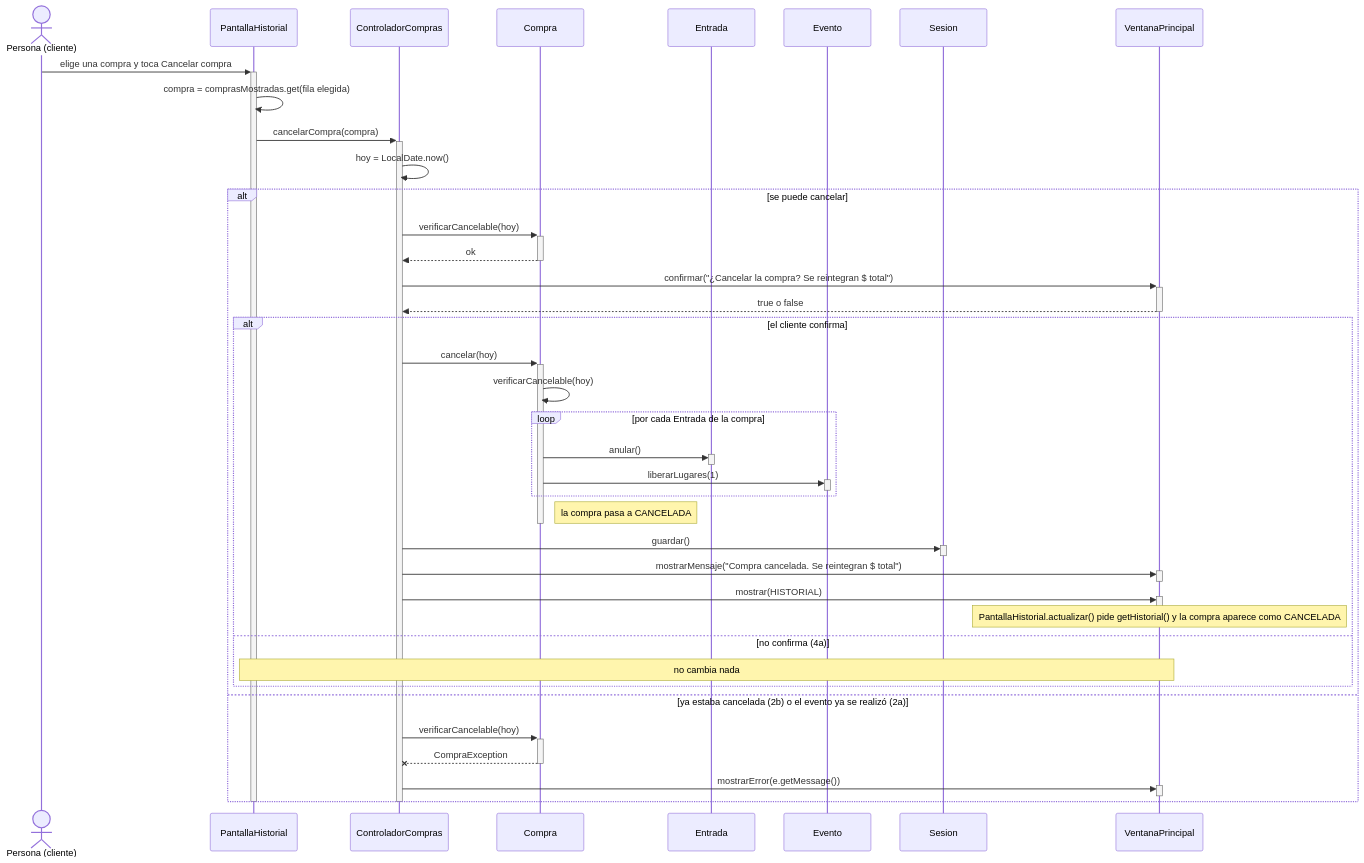
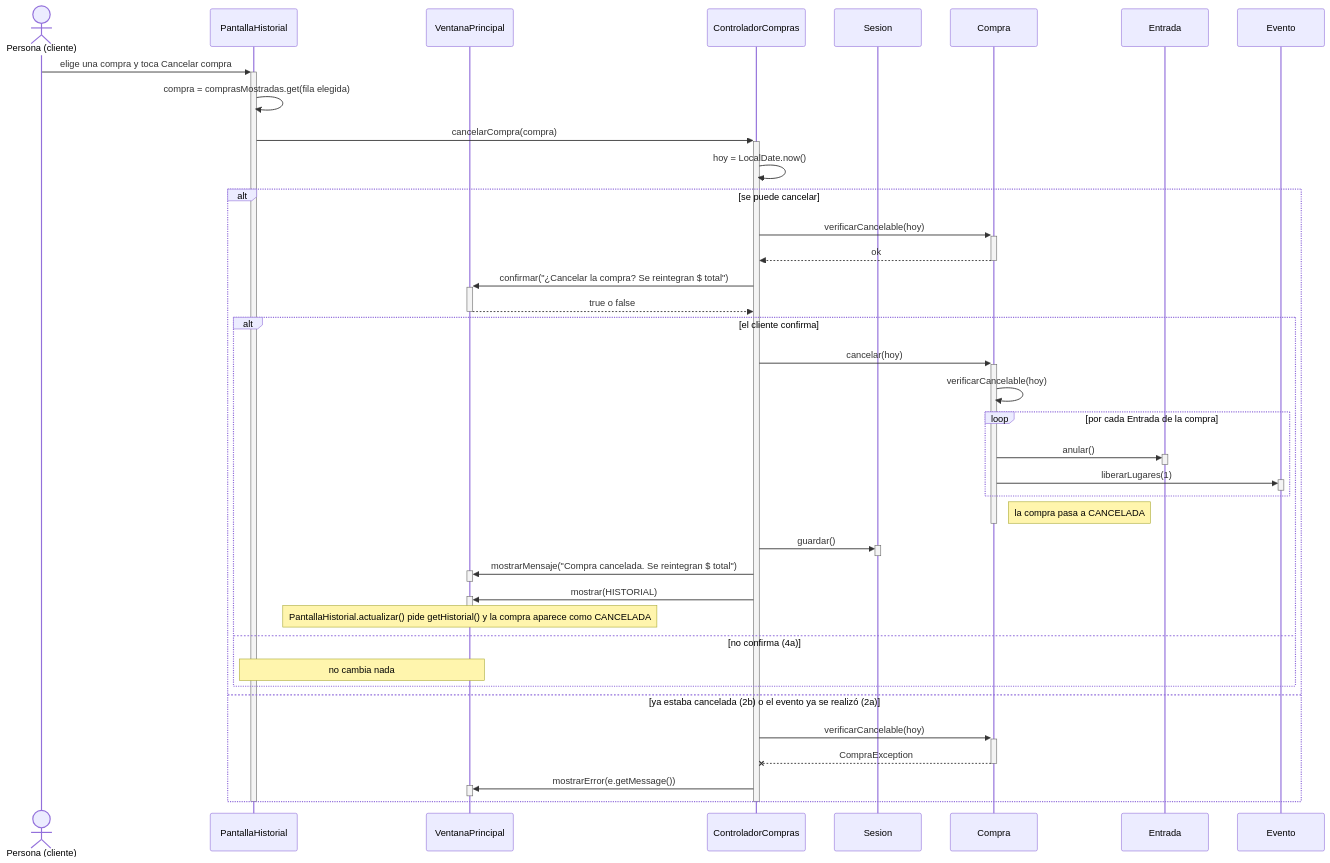
The diagram in docs/diseno/secuencias/CU14-cancelar-compra.md (AgustinSimonenco/gestion-eventos-musicales), drawn with Mermaid before and after one commit. The commit also changed other lines of this file and 12 other files, not shown here.

````diff
--- a/docs/diseno/secuencias/CU14-cancelar-compra.md
+++ b/docs/diseno/secuencias/CU14-cancelar-compra.md
@@ -9,50 +9,50 @@
 ```mermaid
 sequenceDiagram
     actor U as Persona (cliente)
     participant P as PantallaHistorial
+    participant V as VentanaPrincipal
     participant C as ControladorCompras
+    participant S as Sesion
     participant Co as Compra
     participant En as Entrada
     participant E as Evento
-    participant S as Sesion
-    participant V as VentanaPrincipal
 
     U->>+P: elige una compra y toca Cancelar compra
     P->>P: compra = comprasMostradas.get(fila elegida)
     P->>+C: cancelarCompra(compra)
     C->>C: hoy = LocalDate.now()
     alt se puede cancelar
         C->>+Co: verificarCancelable(hoy)
         Co-->>-C: ok
         C->>+V: confirmar("¿Cancelar la compra? Se reintegran $ total")
         V-->>-C: true o false
         alt el cliente confirma
             C->>+Co: cancelar(hoy)
             Co->>Co: verificarCancelable(hoy)
             loop por cada Entrada de la compra
                 Co->>+En: anular()
                 deactivate En
                 Co->>+E: liberarLugares(1)
                 deactivate E
             end
             Note right of Co: la compra pasa a CANCELADA
             deactivate Co
             C->>+S: guardar()
             deactivate S
             C->>+V: mostrarMensaje("Compra cancelada. Se reintegran $ total")
             deactivate V
             C->>+V: mostrar(HISTORIAL)
             deactivate V
             Note over V: PantallaHistorial.actualizar() pide getHistorial() y la compra aparece como CANCELADA
         else no confirma (4a)
             Note over P,V: no cambia nada
         end
     else ya estaba cancelada (2b) o el evento ya se realizó (2a)
         C->>+Co: verificarCancelable(hoy)
         Co--x-C: CompraException
         C->>+V: mostrarError(e.getMessage())
         deactivate V
     end
     deactivate C
     deactivate P
 ```
````
